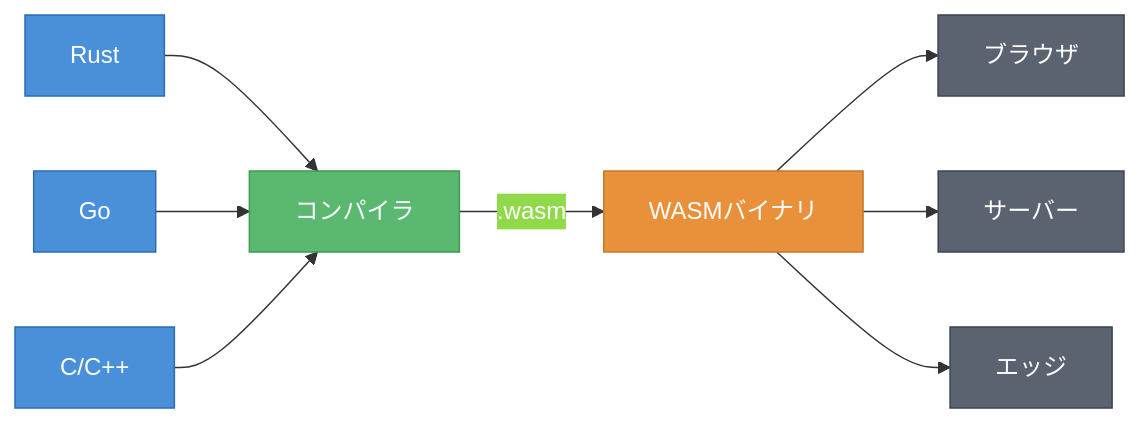
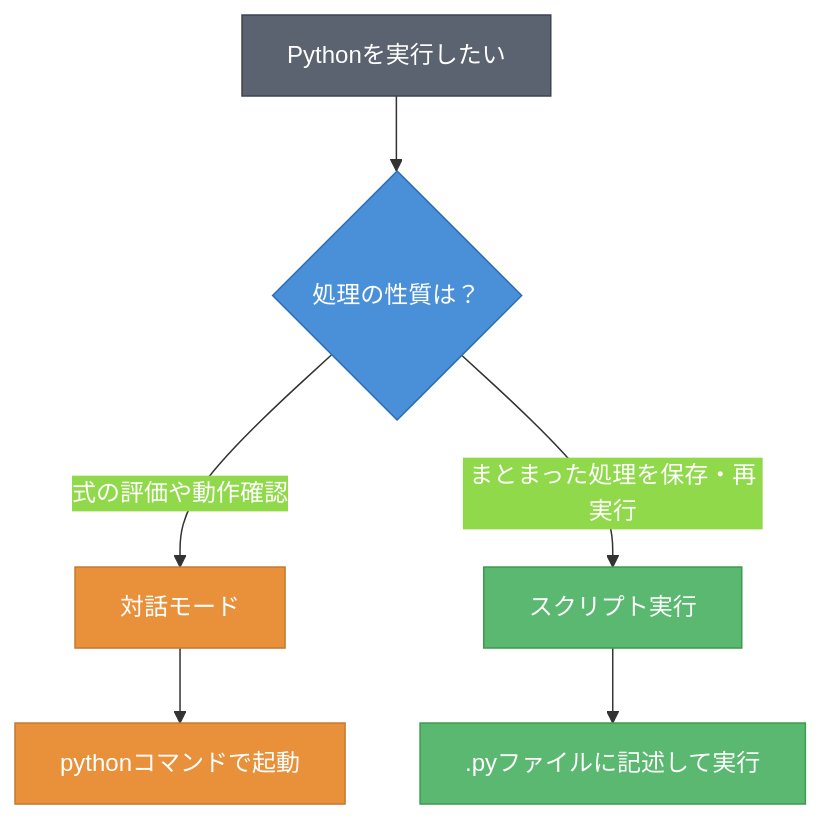
Before and after one commit to sogawa-yk/claude-code-book-write-template-test: the first of 2 diagrams in manuscript/ch01/ch01.md, drawn with Mermaid. The commit also changed other lines of this file and 34 other files, not shown here.

````diff
--- a/manuscript/ch01/ch01.md
+++ b/manuscript/ch01/ch01.md
@@ -15,16 +30,14 @@
 ```mermaid
 %%{init: {'theme': 'base', 'themeVariables': {'primaryColor': '#4A90D9', 'primaryTextColor': '#FFFFFF', 'primaryBorderColor': '#2A6CB6', 'lineColor': '#333333', 'textColor': '#1A1A1A', 'background': 'transparent'}}}%%
-graph LR
-    A[Rust]:::main --> D[コンパイラ]:::tool
-    B[Go]:::main --> D
-    C["C/C++"]:::main --> D
-    D -->|".wasm"| E[WASMバイナリ]:::sub
-    E --> F[ブラウザ]:::user
-    E --> G[サーバー]:::user
-    E --> H[エッジ]:::user
+flowchart TD
+    Start[Pythonを実行したい]:::user --> Q{処理の性質は？}:::main
+    Q -->|式の評価や動作確認| A[対話モード]:::sub
+    Q -->|まとまった処理を保存・再実行| B[スクリプト実行]:::tool
+    A --> A1[pythonコマンドで起動]:::sub
+    B --> B1[.pyファイルに記述して実行]:::tool
 
     classDef main fill:#4A90D9,stroke:#2A6CB6,color:#FFFFFF
     classDef sub fill:#E8913A,stroke:#C47A2F,color:#FFFFFF
     classDef tool fill:#5BB870,stroke:#3D9A50,color:#FFFFFF
     classDef user fill:#5C6370,stroke:#3D4450,color:#FFFFFF
 ```
````
